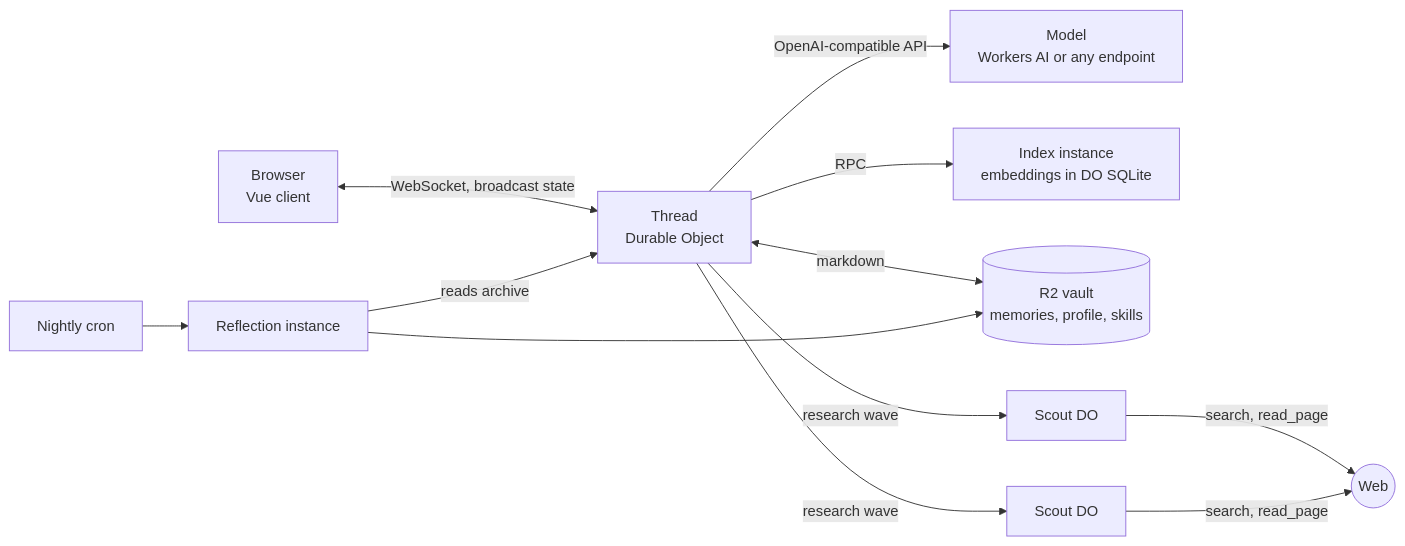
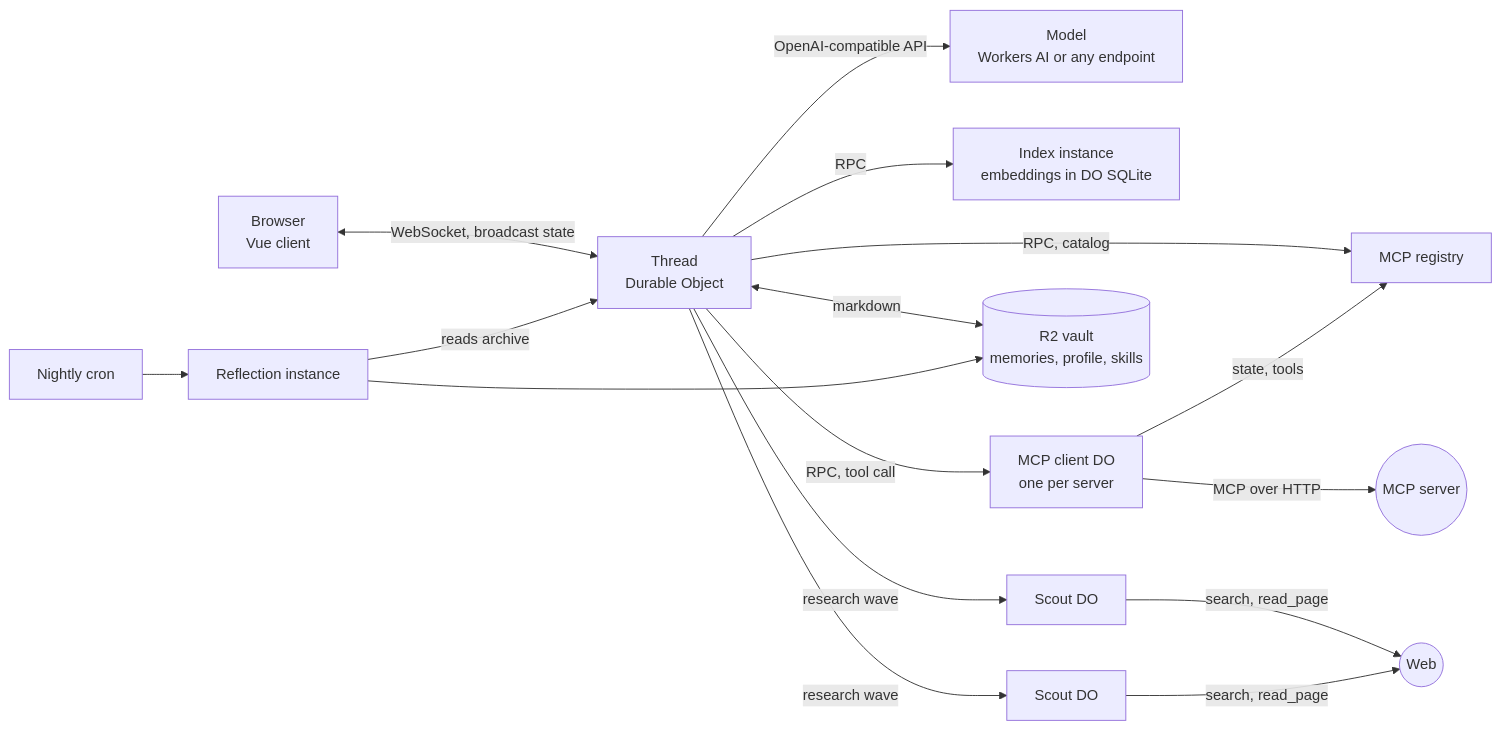
One commit to DomWane/workers-personal-agent changed the diagram in README.md. Above: the diagram before and after it, drawn with Mermaid. The commit also changed other lines of this file, not shown here.

Commit message:
docs(readme): MCP servers in what's included, try it, the diagram and troubleshooting

````diff
--- a/README.md
+++ b/README.md
@@ -83,12 +86,15 @@
 ```mermaid
 flowchart LR
     B[Browser<br/>Vue client] <-->|WebSocket, broadcast state| T[Thread<br/>Durable Object]
     T -->|OpenAI-compatible API| M[Model<br/>Workers AI or any endpoint]
     T -->|RPC| I[Index instance<br/>embeddings in DO SQLite]
+    T -->|RPC, catalog| G[MCP registry]
+    T -->|RPC, tool call| K[MCP client DO<br/>one per server] -->|MCP over HTTP| X((MCP server))
+    K -->|state, tools| G
     T <-->|markdown| V[(R2 vault<br/>memories, profile, skills)]
     T -->|research wave| S1[Scout DO]
     T -->|research wave| S2[Scout DO]
     S1 & S2 -->|search, read_page| W((Web))
     C[Nightly cron] --> R[Reflection instance] --> V
     R -->|reads archive| T
 ```
````
